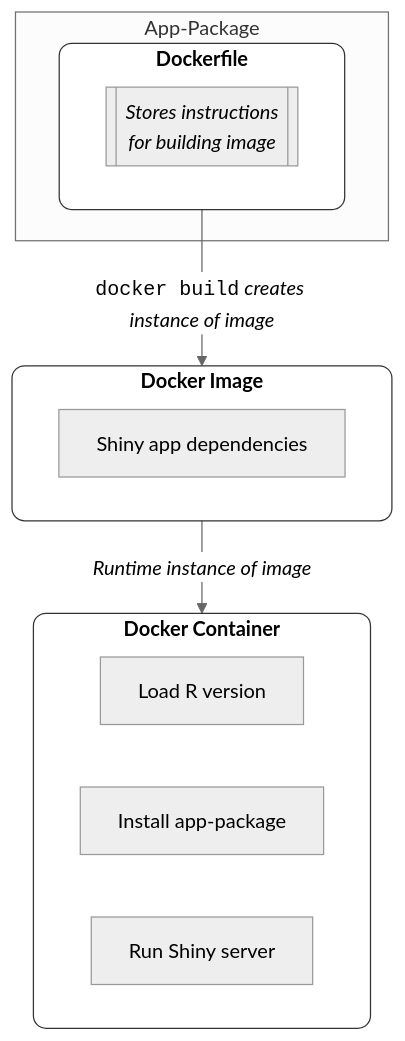
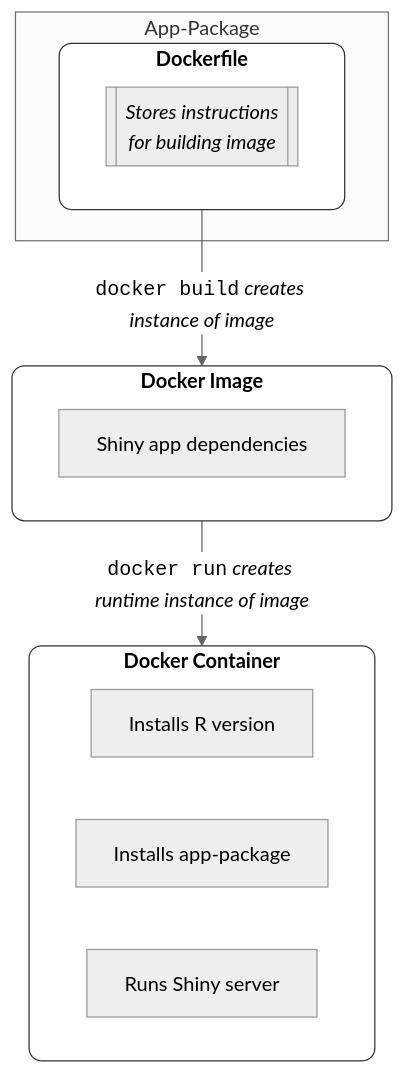
One commit to mjfrigaard/shiny-app-pkgs changed the diagram in docker.qmd. Above: the diagram before and after it, drawn with Mermaid. The commit also changed other lines of this file and 64 other files, not shown here.

````diff
--- a/docker.qmd
+++ b/docker.qmd
@@ -89,27 +92,27 @@
 ```{mermaid}
 %%| fig-align: center
 %%{init: {'theme': 'neutral', 'themeVariables': { 'fontFamily': 'monospace', "fontSize":"16px"}}}%%
 
 flowchart TB
     subgraph AP["App-Package"]
         subgraph DockFile["<strong>Dockerfile</strong>"]
             Instructions[["<em>Stores instructions<br>for building image</em>"]]
         end
     end
         subgraph DockImg["<strong>Docker Image</strong>"]
             Image["Shiny app dependencies"]
         end
 
         subgraph DockCont["<strong>Docker Container</strong>"]
-            R["Load R version"]
-            Pkg["Install app-package"]
-            ShinyDep["Run Shiny server"]
+            R["Installs R version"]
+            Pkg["Installs app-package"]
+            ShinyDep["Runs Shiny server"]
         end
 
     DockFile -->|"<code>docker build</code> <em>creates instance of image</em>"| DockImg
-    DockImg --> |"<em>Runtime instance of image</em>"|DockCont
+    DockImg --> |"<code>docker run</code> <em>creates runtime instance of image</em>"|DockCont
 
     style DockFile fill:#FFFFFF,color:#000000,stroke:#333,stroke-width:1px,rx:10,ry:10
     style DockImg fill:#FFFFFF,color:#000000,stroke:#333,stroke-width:1px,rx:10,ry:10
     style DockCont fill:#FFFFFF,color:#000000,stroke:#333,stroke-width:1px,rx:10,ry:10
 ```
````
